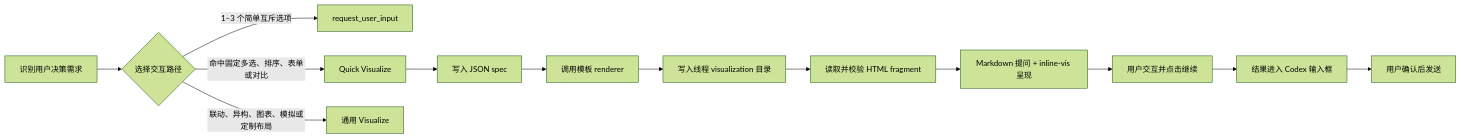
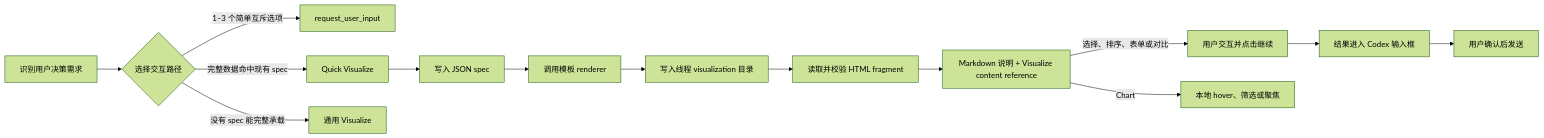
One commit to Vontean/Codex-VT-Quick-Visualize changed the diagram in README.md. Above: the diagram before and after it, drawn with Mermaid (forest theme). The commit also changed other lines of this file and 18 other files, not shown here.

First line of the commit message:
feat: add reusable chart templates

````diff
--- a/README.md
+++ b/README.md
@@ -21,15 +33,16 @@
 ```mermaid
 flowchart LR
     A["识别用户决策需求"] --> B{"选择交互路径"}
     B -->|"1–3 个简单互斥选项"| C["request_user_input"]
-    B -->|"命中固定多选、排序、表单或对比"| D["Quick Visualize"]
-    B -->|"联动、异构、图表、模拟或定制布局"| E["通用 Visualize"]
+    B -->|"完整数据命中现有 spec"| D["Quick Visualize"]
+    B -->|"没有 spec 能完整承载"| E["通用 Visualize"]
     D --> F["写入 JSON spec"]
     F --> G["调用模板 renderer"]
     G --> H["写入线程 visualization 目录"]
     H --> I["读取并校验 HTML fragment"]
-    I --> J["Markdown 提问 + inline-vis 呈现"]
-    J --> K["用户交互并点击继续"]
+    I --> J["Markdown 说明 + Visualize content reference"]
+    J -->|"选择、排序、表单或对比"| K["用户交互并点击继续"]
     K --> L["结果进入 Codex 输入框"]
     L --> M["用户确认后发送"]
+    J -->|"Chart"| N["本地 hover、筛选或聚焦"]
 ```
````
